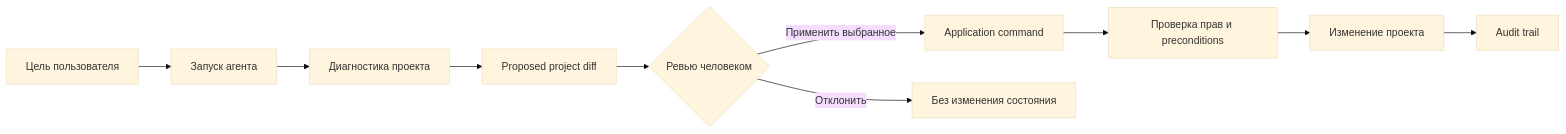
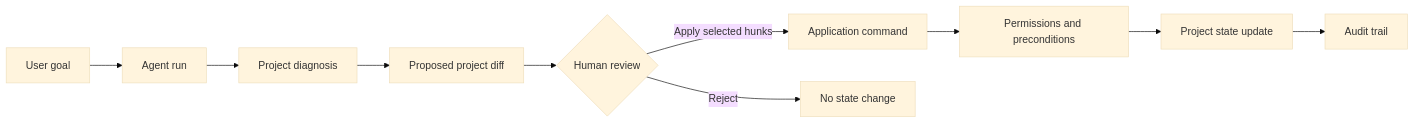
Before and after one commit to Maxborland/KISS-PM: the diagram in README.md, drawn with Mermaid (base theme). The commit also changed other lines of this file and 2 other files, not shown here.

````diff
--- a/README.md
+++ b/README.md
@@ -28,12 +32,12 @@
 ```mermaid
 flowchart LR
-  A[Цель пользователя] --> B[Запуск агента]
-  B --> C[Диагностика проекта]
+  A[User goal] --> B[Agent run]
+  B --> C[Project diagnosis]
   C --> D[Proposed project diff]
-  D --> E{Ревью человеком}
-  E -->|Применить выбранное| F[Application command]
-  E -->|Отклонить| G[Без изменения состояния]
-  F --> H[Проверка прав и preconditions]
-  H --> I[Изменение проекта]
+  D --> E{Human review}
+  E -->|Apply selected hunks| F[Application command]
+  E -->|Reject| G[No state change]
+  F --> H[Permissions and preconditions]
+  H --> I[Project state update]
   I --> J[Audit trail]
 ```
````
